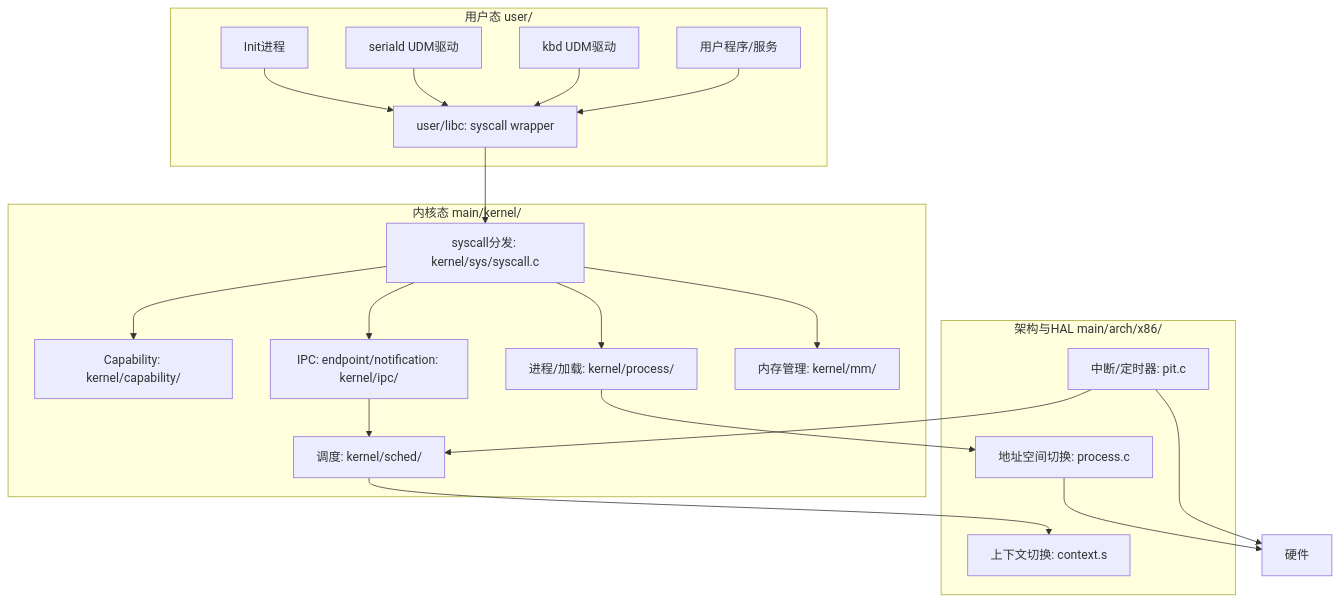
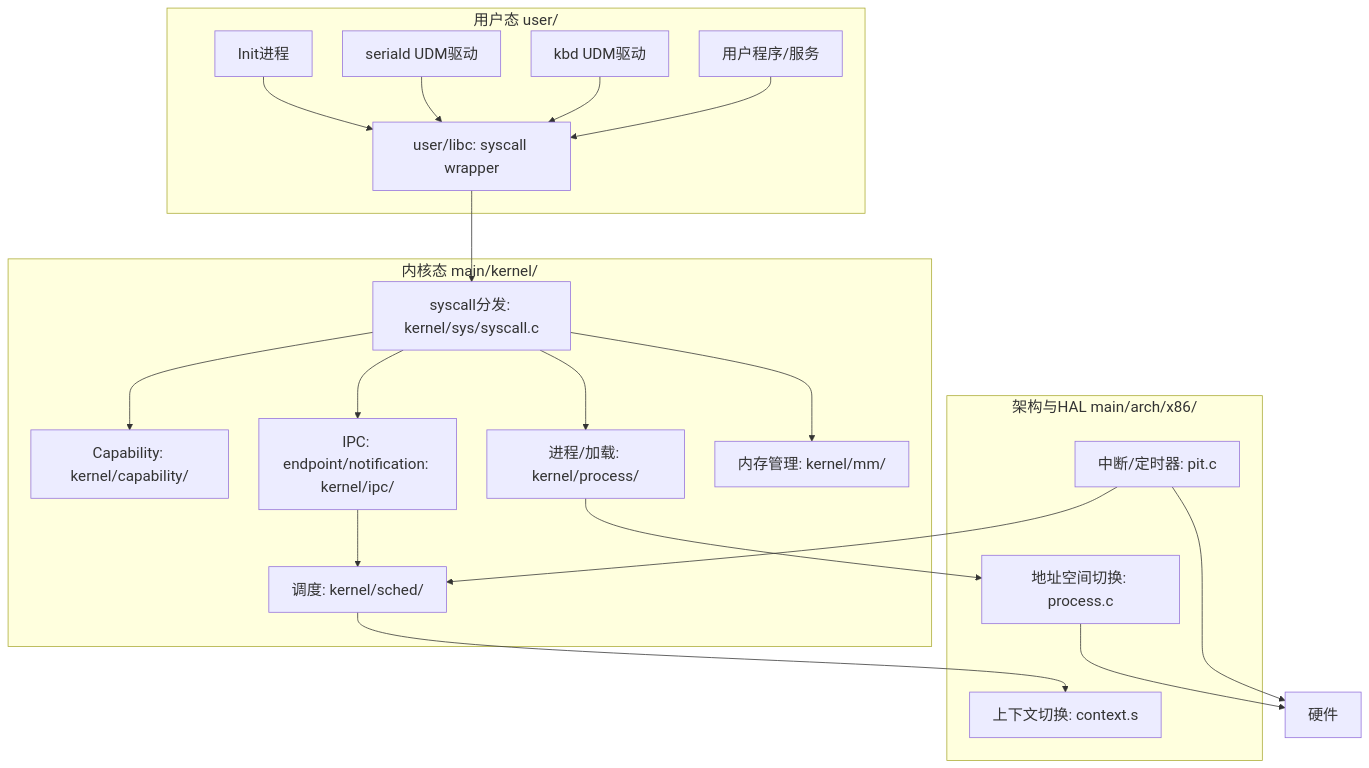
One commit to SH-XiaoXiu/xnix changed the third of 5 diagrams in README.md. Above: the diagram before and after it, drawn with Mermaid. The commit also changed other lines of this file, not shown here.

Commit message:
docs(readme): 更新Mermaid

````diff
--- a/README.md
+++ b/README.md
@@ -119,46 +119,47 @@
 ```mermaid
+%%{init: {'flowchart': {'useMaxWidth': false, 'nodeSpacing': 40, 'rankSpacing': 60}, 'themeVariables': {'fontSize': '20px'}}}%%
 graph TB
     subgraph UserSpace["用户态 user/"]
         U_Init["Init进程"]
         U_DrvSerial["seriald UDM驱动"]
         U_DrvKbd["kbd UDM驱动"]
         U_App["用户程序/服务"]
         U_Libc["user/libc: syscall wrapper"]
     end
 
     subgraph KernelSpace["内核态 main/kernel/"]
         K_Sys["syscall分发: kernel/sys/syscall.c"]
         K_Cap["Capability: kernel/capability/"]
         K_IPC["IPC: endpoint/notification: kernel/ipc/"]
         K_Sched["调度: kernel/sched/"]
         K_Proc["进程/加载: kernel/process/"]
         K_MM["内存管理: kernel/mm/"]
     end
 
     subgraph ArchHAL["架构与HAL main/arch/x86/"]
         A_IRQ["中断/定时器: pit.c"]
         A_Ctx["上下文切换: context.s"]
         A_AS["地址空间切换: process.c"]
     end
 
     HW["硬件"]
 
     U_Init --> U_Libc
     U_DrvSerial --> U_Libc
     U_DrvKbd --> U_Libc
     U_App --> U_Libc
 
     U_Libc --> K_Sys
 
     K_Sys --> K_Cap
     K_Sys --> K_IPC
     K_Sys --> K_Proc
     K_Sys --> K_MM
 
     K_IPC --> K_Sched
     K_Sched --> A_Ctx
     K_Proc --> A_AS
     A_IRQ --> K_Sched
     A_AS --> HW
     A_IRQ --> HW
 ```
````
